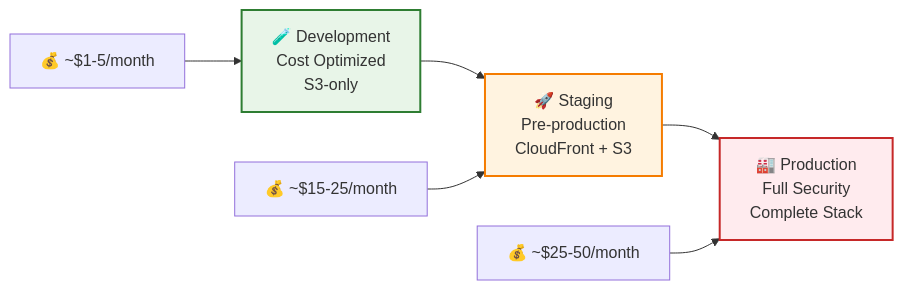
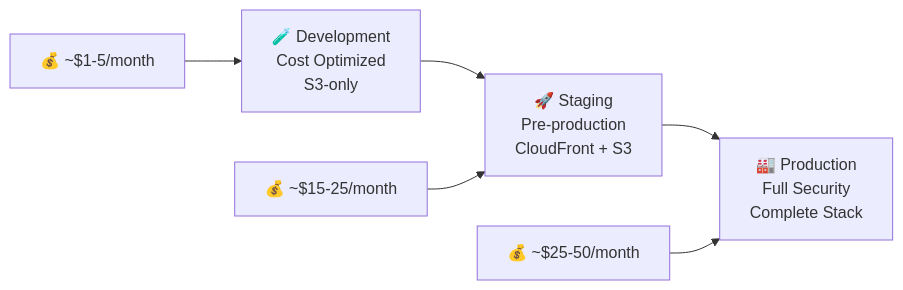
The first of 6 diagrams in docs/deployment.md (Celtikill/static-site), drawn with Mermaid before and after one commit. The commit also changed other lines of this file and 5 other files, not shown here.

````diff
--- a/docs/deployment.md
+++ b/docs/deployment.md
@@ -9,17 +9,11 @@
 ```mermaid
 graph LR
     A["🧪 Development<br/>Cost Optimized<br/>S3-only"] --> B["🚀 Staging<br/>Pre-production<br/>CloudFront + S3"]
     B --> C["🏭 Production<br/>Full Security<br/>Complete Stack"]
 
     A1["💰 ~$1-5/month"] --> A
     B1["💰 ~$15-25/month"] --> B
     C1["💰 ~$25-50/month"] --> C
 
-    classDef devStyle fill:#e8f5e8,stroke:#2e7d32,stroke-width:2px
-    classDef stagingStyle fill:#fff3e0,stroke:#f57c00,stroke-width:2px
-    classDef prodStyle fill:#ffebee,stroke:#c62828,stroke-width:2px
 
-    class A devStyle
-    class B stagingStyle
-    class C prodStyle
 ```
````
